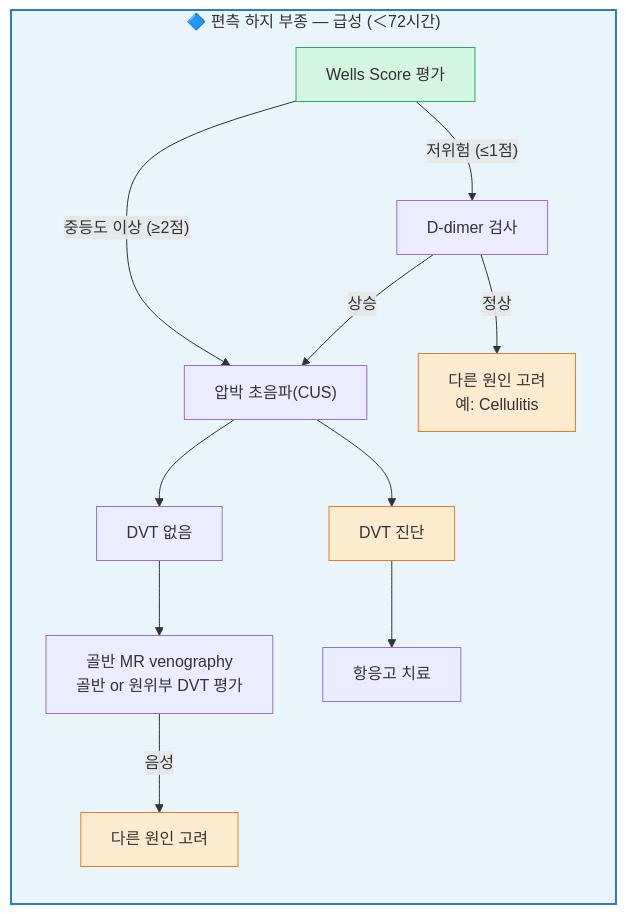
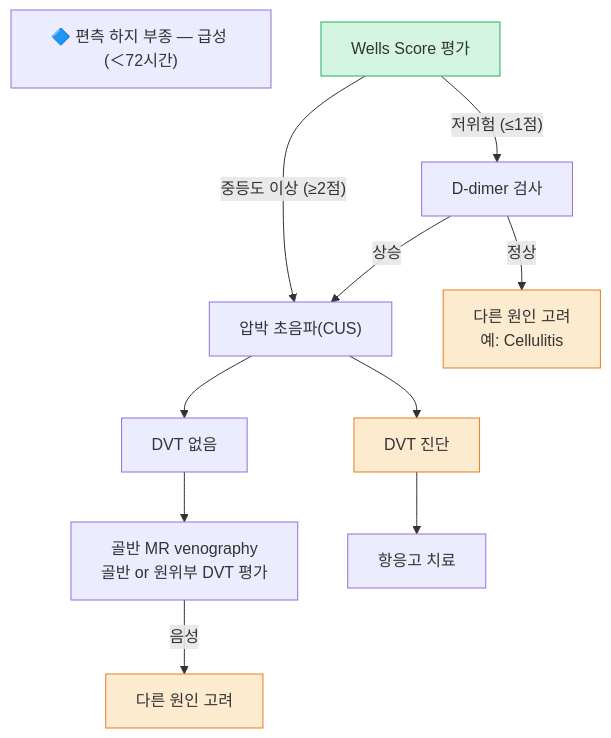
One commit to familyoh77/familyoh77 changed the first of 4 diagrams in 220_/012_-edema.md. Above: the diagram before and after it, drawn with Mermaid. The commit also changed other lines of this file, not shown here.

````diff
--- a/220_/012_-edema.md
+++ b/220_/012_-edema.md
@@ -163,24 +163,23 @@
 ```mermaid
 graph TD
-    subgraph SG1["🔷 편측 하지 부종 — 급성 (＜72시간)"]
-        direction TB
+SG1["🔷 편측 하지 부종 — 급성 (＜72시간)"]
         B["Wells Score 평가"]
         B -- "저위험 (≤1점)" --> C["D-dimer 검사"]
         B -- "중등도 이상 (≥2점)" --> D["압박 초음파(CUS)"]
         C -- "정상" --> E["다른 원인 고려
 예: Cellulitis"]
         C -- "상승" --> D
         D --> F["DVT 없음"]
         D --> G["DVT 진단"]
         F --> H["골반 MR venography
 골반 or 원위부 DVT 평가"]
         G --> I["항응고 치료"]
         H -- "음성" --> J["다른 원인 고려"]
-    end
 
-    style SG1 fill:#eaf4fb,stroke:#2980b9,stroke-width:2px
+
+
     style B fill:#d5f5e3,stroke:#27ae60
     style E fill:#fdebd0,stroke:#e67e22
     style G fill:#fdebd0,stroke:#e67e22
     style J fill:#fdebd0,stroke:#e67e22
 ```
````
